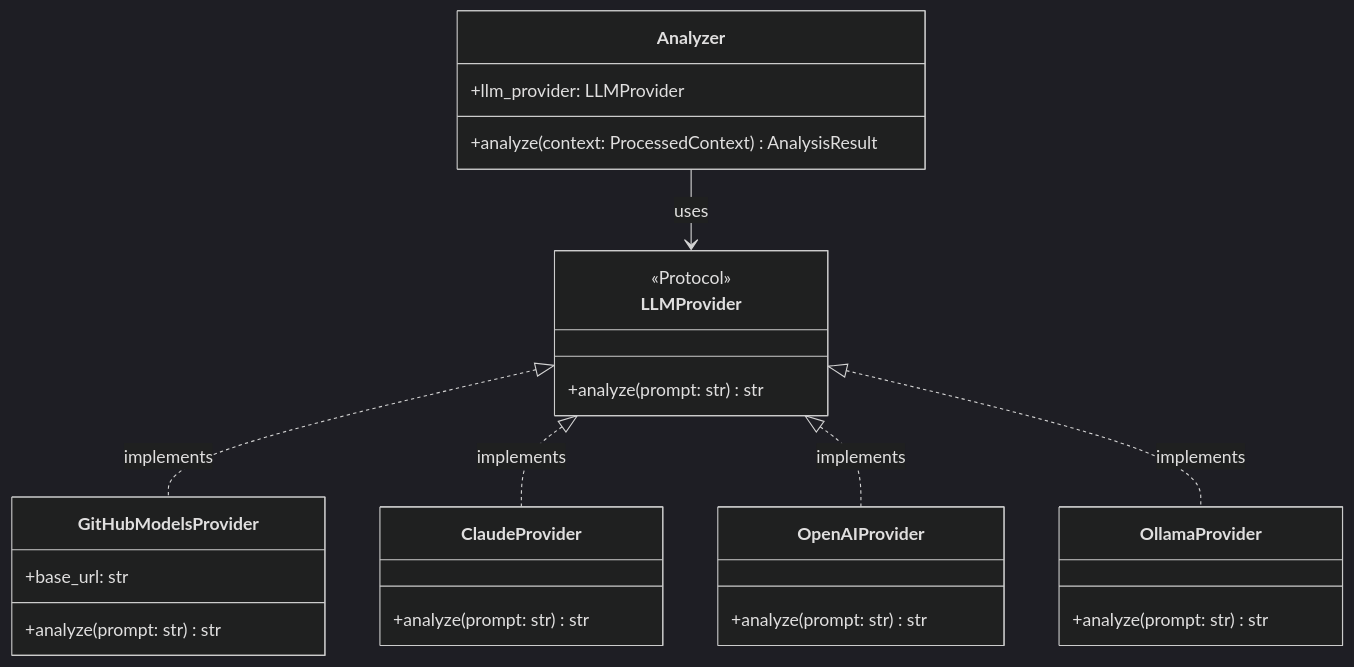
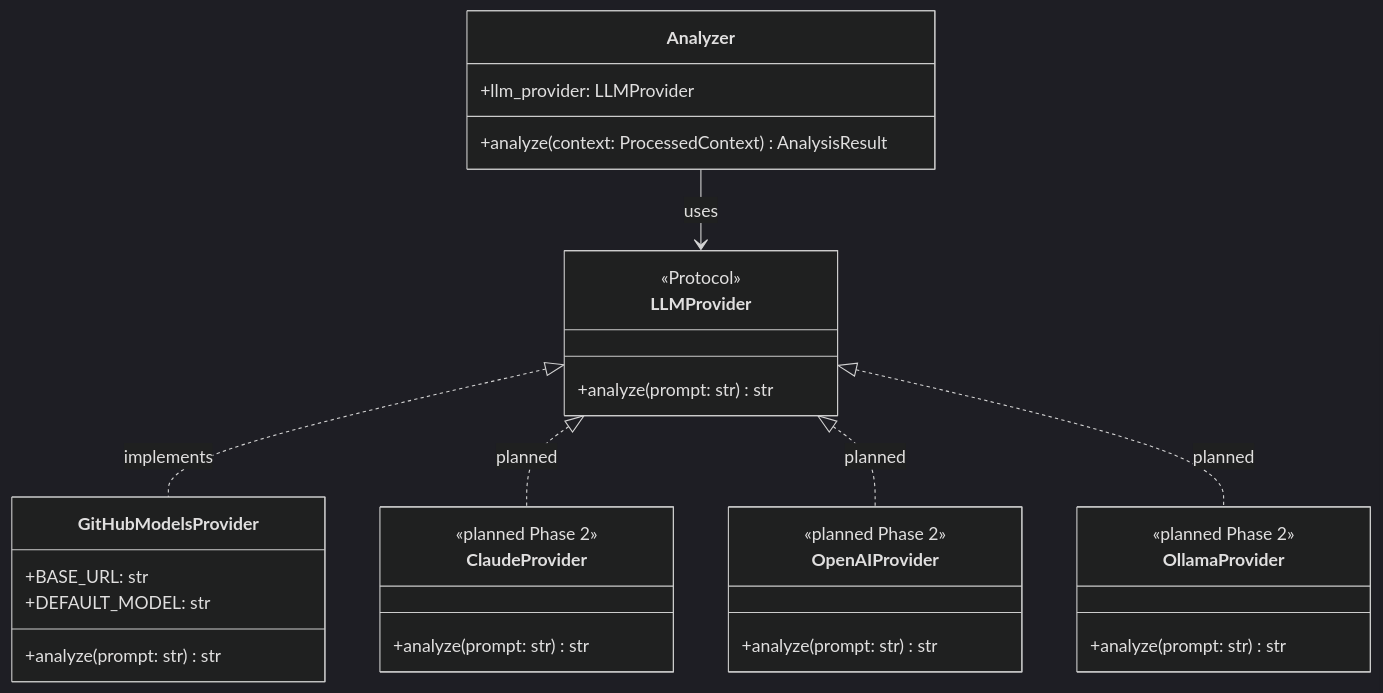
Before and after one commit to alihaidar2950/cifi: the second of 4 diagrams in docs/DD.md, drawn with Mermaid (dark theme). The commit also changed other lines of this file and 11 other files, not shown here.

````diff
--- a/docs/DD.md
+++ b/docs/DD.md
@@ -240,32 +246,36 @@
 ```mermaid
 classDiagram
     class LLMProvider {
         <<Protocol>>
         +analyze(prompt: str) str
     }
     class GitHubModelsProvider {
-        +base_url: str
+        +BASE_URL: str
+        +DEFAULT_MODEL: str
         +analyze(prompt: str) str
     }
     class ClaudeProvider {
+        <<planned Phase 2>>
         +analyze(prompt: str) str
     }
     class OpenAIProvider {
+        <<planned Phase 2>>
         +analyze(prompt: str) str
     }
     class OllamaProvider {
+        <<planned Phase 2>>
         +analyze(prompt: str) str
     }
 
     LLMProvider <|.. GitHubModelsProvider : implements
-    LLMProvider <|.. ClaudeProvider : implements
-    LLMProvider <|.. OpenAIProvider : implements
-    LLMProvider <|.. OllamaProvider : implements
+    LLMProvider <|.. ClaudeProvider : planned
+    LLMProvider <|.. OpenAIProvider : planned
+    LLMProvider <|.. OllamaProvider : planned
 
     class Analyzer {
         +llm_provider: LLMProvider
         +analyze(context: ProcessedContext) AnalysisResult
     }
 
     Analyzer --> LLMProvider : uses
 ```
````
